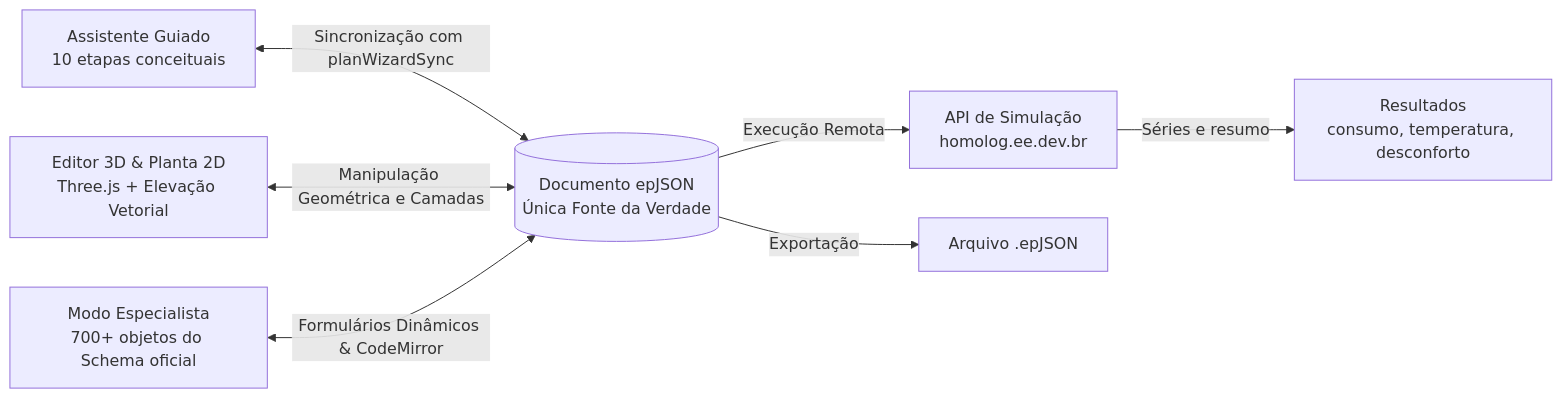
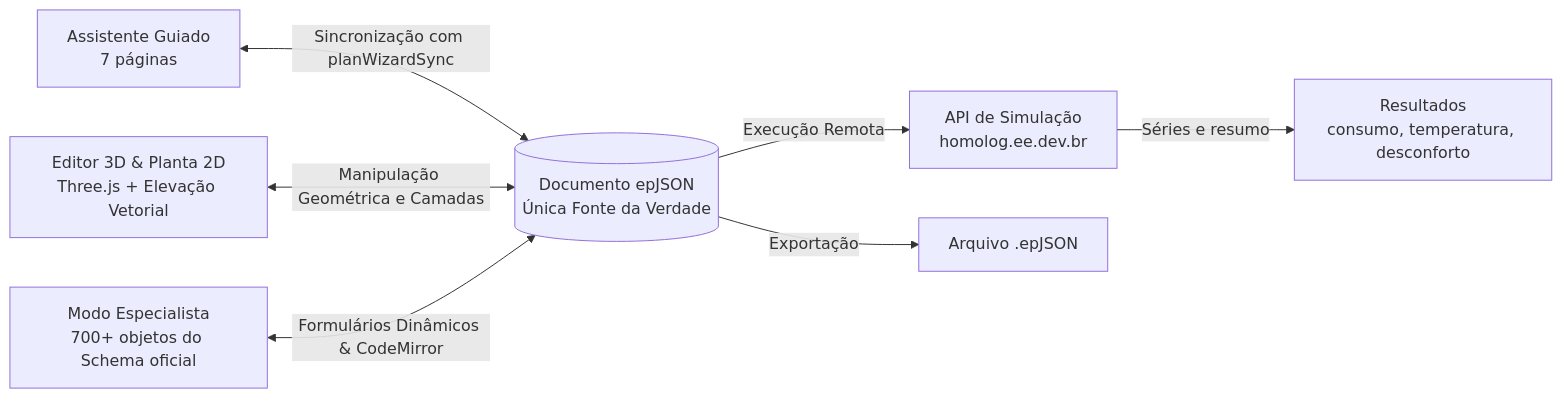
The diagram in README.md (AlexandreProenca/energy-input), drawn with Mermaid before and after one commit. The commit also changed other lines of this file and 11 other files, not shown here.

First line of the commit message:
feat(assistente): sete páginas em vez de dez

````diff
--- a/README.md
+++ b/README.md
@@ -28,9 +28,9 @@
 ```mermaid
 flowchart LR
-    A[Assistente Guiado\n10 etapas conceituais] <-->|Sincronização com planWizardSync| D[(Documento epJSON\nÚnica Fonte da Verdade)]
+    A[Assistente Guiado\n7 páginas] <-->|Sincronização com planWizardSync| D[(Documento epJSON\nÚnica Fonte da Verdade)]
     B[Editor 3D & Planta 2D\nThree.js + Elevação Vetorial] <-->|Manipulação Geométrica e Camadas| D
     C[Modo Especialista\n700+ objetos do Schema oficial] <-->|Formulários Dinâmicos & CodeMirror| D
     D -->|Execução Remota| S[API de Simulação\nhomolog.ee.dev.br]
     D -->|Exportação| F[Arquivo .epJSON]
     S -->|Séries e resumo| R[Resultados\nconsumo, temperatura, desconforto]
 ```
````
